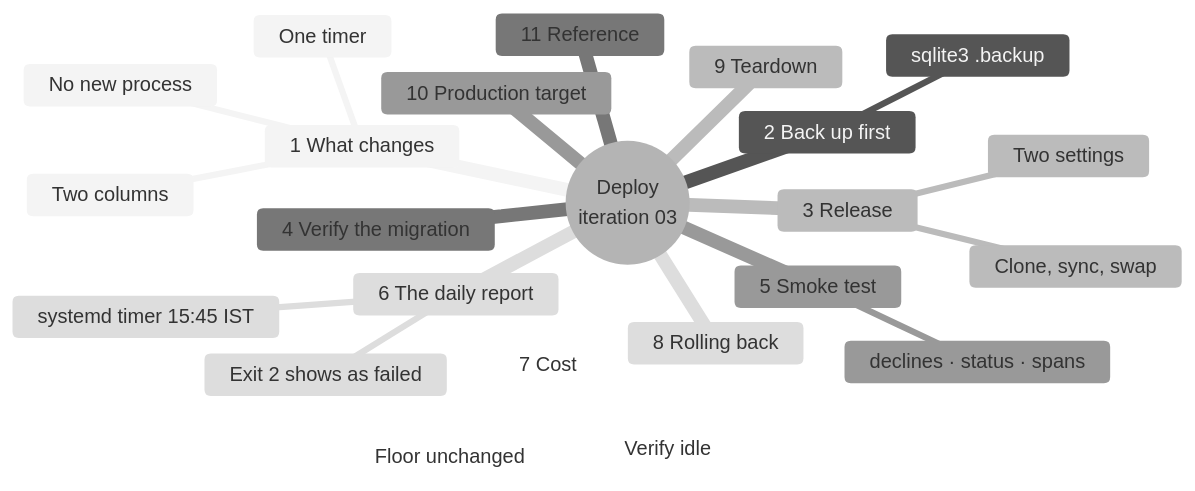
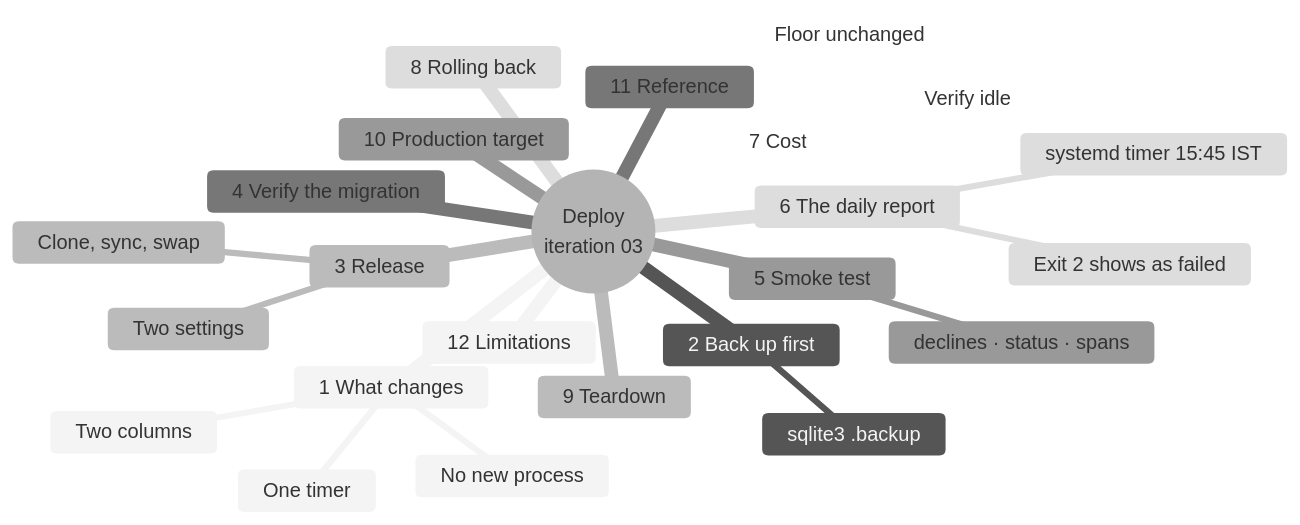
One commit to rathinamtrainers/openalgo changed the first of 2 diagrams in 040_iterations/iteration-03/05_deployment_guide.md. Above: the diagram before and after it, drawn with Mermaid (neutral theme). The commit also changed other lines of this file and 2 other files, not shown here.

````diff
--- a/040_iterations/iteration-03/05_deployment_guide.md
+++ b/040_iterations/iteration-03/05_deployment_guide.md
@@ -3,26 +3,27 @@
 ```mermaid
 mindmap
   root((Deploy<br/>iteration 03))
     1 What changes
       No new process
       Two columns
       One timer
     2 Back up first
       sqlite3 .backup
     3 Release
       Clone, sync, swap
       Two settings
     4 Verify the migration
     5 Smoke test
       declines · status · spans
     6 The daily report
       systemd timer 15:45 IST
       Exit 2 shows as failed
     7 Cost
       Floor unchanged
       Verify idle
     8 Rolling back
     9 Teardown
     10 Production target
     11 Reference
+    12 Limitations
 ```
````
